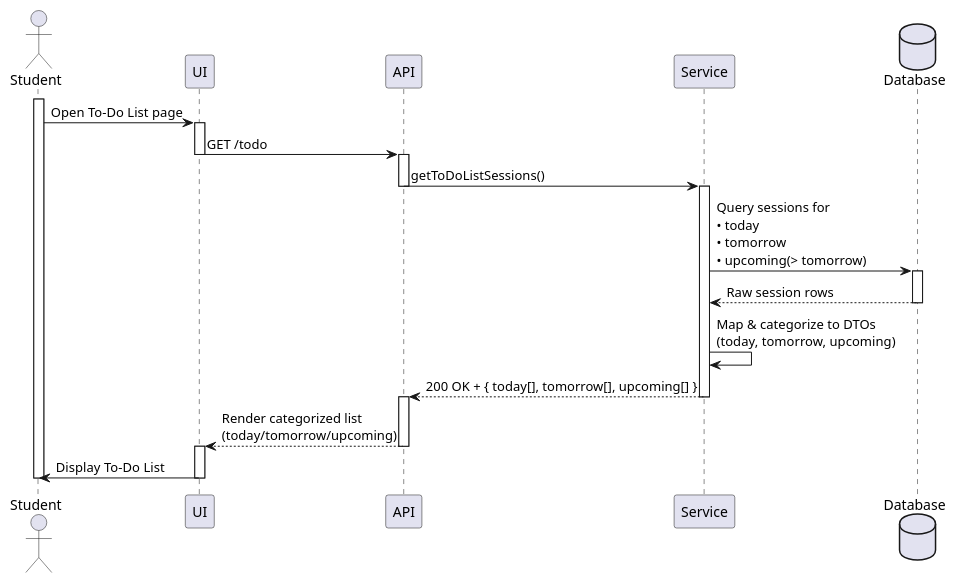
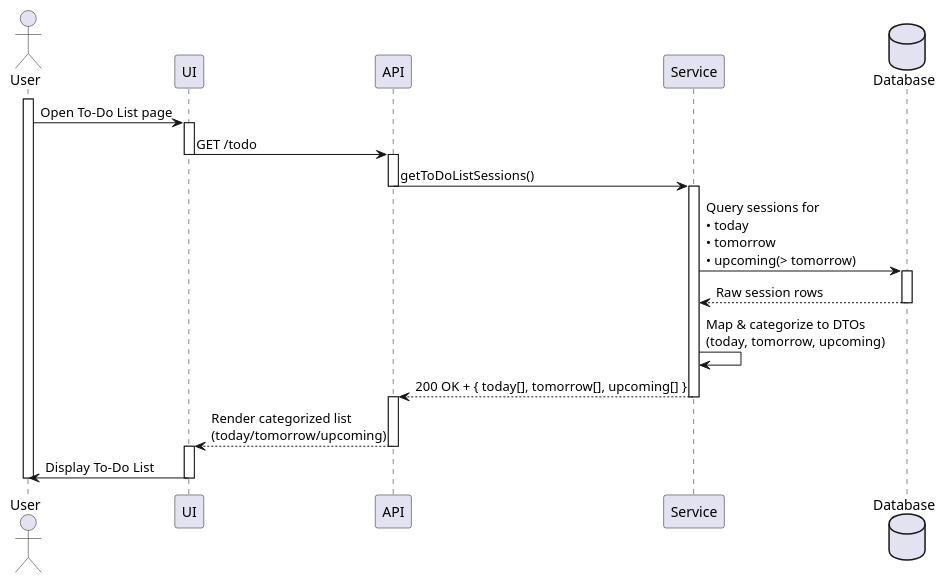
The diagram in sequence/p2/get-todoList.puml (keerati5003/PlanMate-Diagram), drawn with PlantUML before and after one commit. The commit also changed 7 other files, not shown here.

```diff
--- a/sequence/p2/get-todoList.puml
+++ b/sequence/p2/get-todoList.puml
@@ -1,38 +1,38 @@
 @startuml
-actor Student
+actor User
 participant "UI" as FE
 participant "API" as C
 participant "Service" as S
 database "Database" as DB
 
-activate Student
-Student -> FE : Open To-Do List page
+activate User
+User -> FE : Open To-Do List page
 activate FE
 
 FE -> C : GET /todo
 deactivate FE
 activate C
 
 C -> S : getToDoListSessions()
 deactivate C
 activate S
 
 S -> DB : Query sessions for\n• today\n• tomorrow\n• upcoming(> tomorrow)
 activate DB
 DB --> S : Raw session rows
 deactivate DB
 
 S -> S : Map & categorize to DTOs\n(today, tomorrow, upcoming)
 
 S --> C : 200 OK + { today[], tomorrow[], upcoming[] }
 deactivate S
 activate C
 
 C --> FE : Render categorized list\n(today/tomorrow/upcoming)
 deactivate C
 activate FE
 
-FE -> Student : Display To-Do List
+FE -> User : Display To-Do List
 deactivate FE
-deactivate Student
+deactivate User
 @enduml
```
